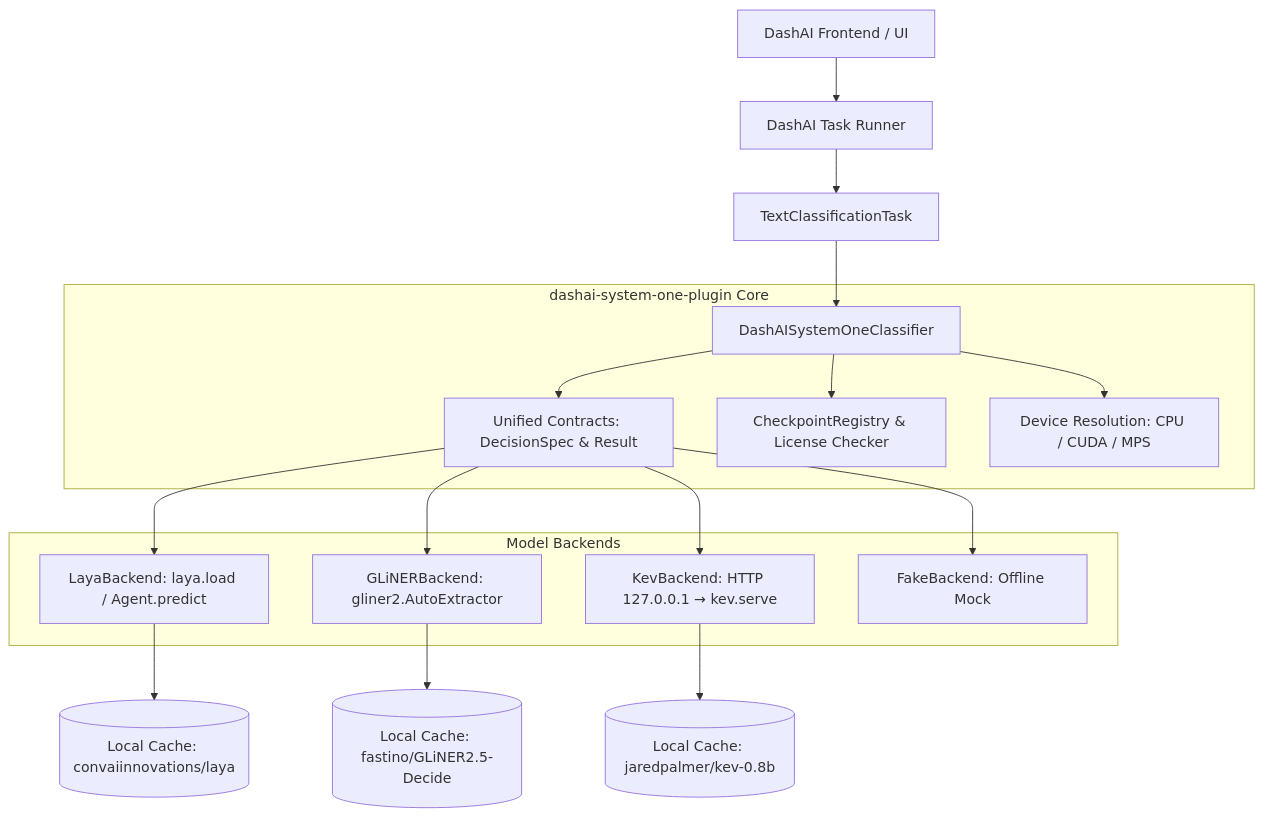
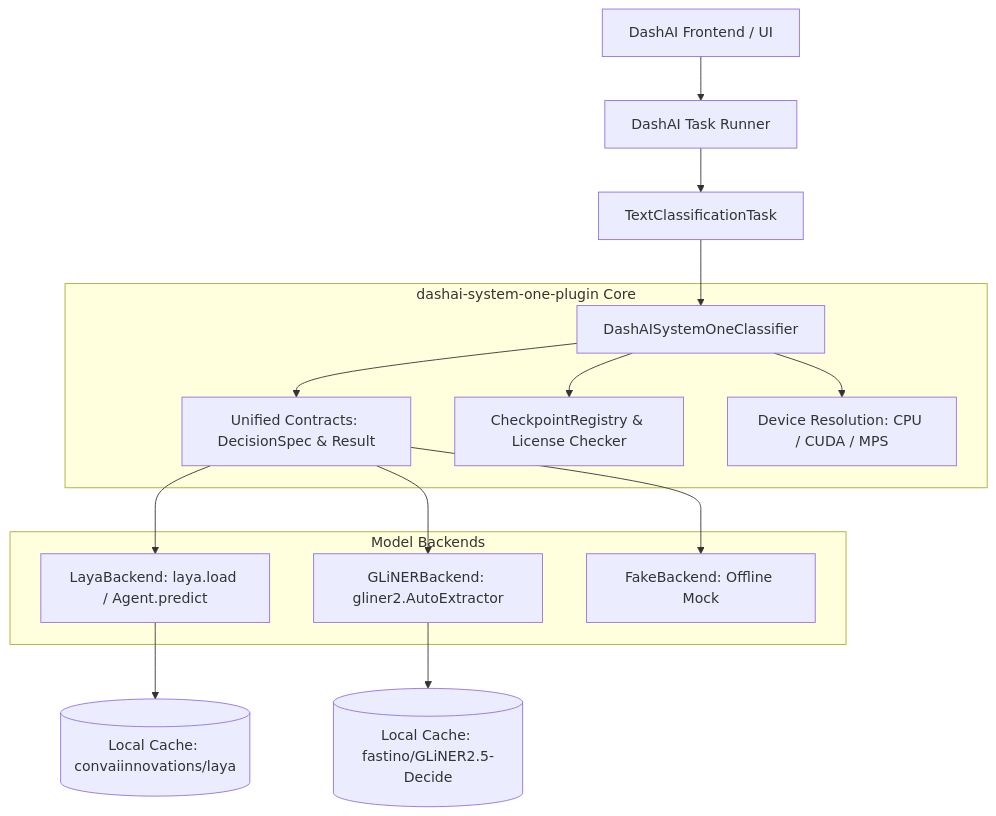
One commit to diegoolguinw/dashai_system_one_plugin changed the diagram in docs/architecture.md. Above: the diagram before and after it, drawn with Mermaid. The commit also changed other lines of this file and 27 other files, not shown here.

````diff
--- a/docs/architecture.md
+++ b/docs/architecture.md
@@ -12,23 +12,21 @@
 ```mermaid
 flowchart TD
     UI[DashAI Frontend / UI] --> Pipeline[DashAI Task Runner]
     Pipeline --> TC[TextClassificationTask]
     TC --> PluginModel[DashAISystemOneClassifier]
     
     subgraph PluginCore [dashai-system-one-plugin Core]
         PluginModel --> Contracts[Unified Contracts: DecisionSpec & Result]
         PluginModel --> Registry[CheckpointRegistry & License Checker]
         PluginModel --> DeviceMgr[Device Resolution: CPU / CUDA / MPS]
     end
 
     subgraph Backends [Model Backends]
         Contracts --> Laya[LayaBackend: laya.load / Agent.predict]
         Contracts --> GLiNER[GLiNERBackend: gliner2.AutoExtractor]
-        Contracts --> Kev[KevBackend: HTTP 127.0.0.1 → kev.serve]
         Contracts --> Fake[FakeBackend: Offline Mock]
     end
 
     Laya --> LocalWeights1[(Local Cache: convaiinnovations/laya)]
     GLiNER --> LocalWeights2[(Local Cache: fastino/GLiNER2.5-Decide)]
-    Kev --> LocalWeights3[(Local Cache: jaredpalmer/kev-0.8b)]
 ```
````
